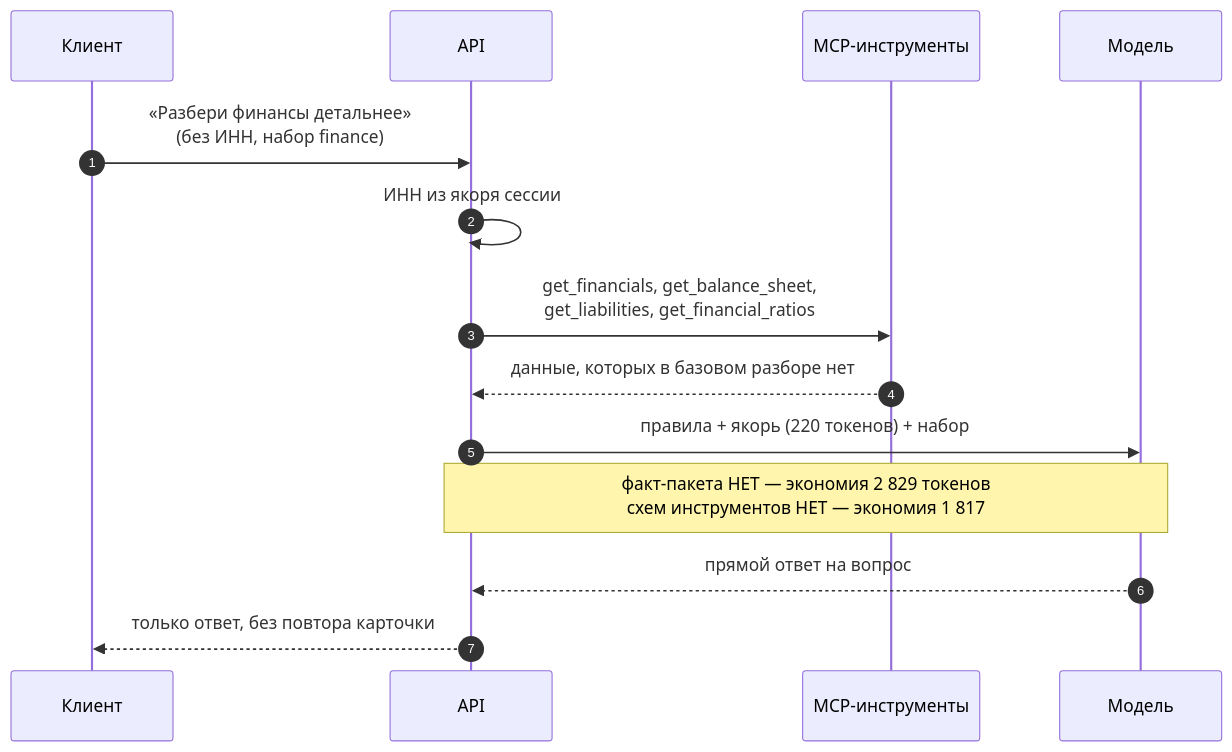
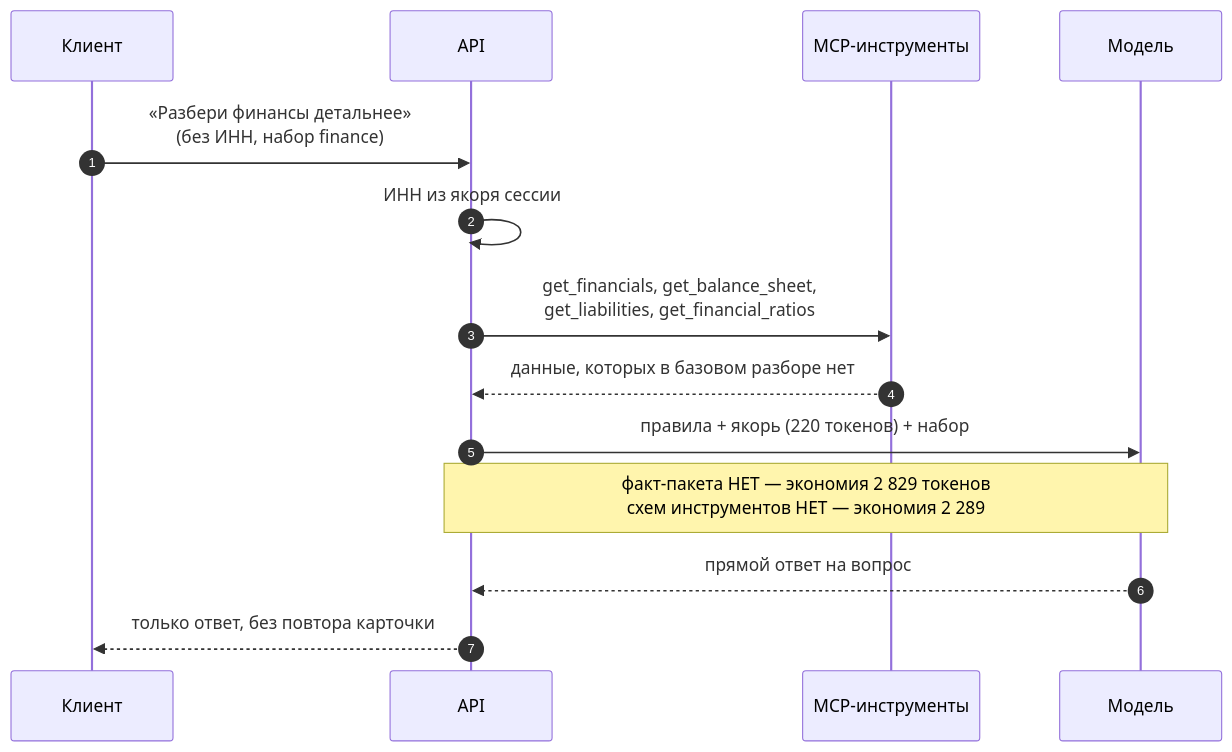
Before and after one commit to marijanbjc/Counterparty_analyst: the fourth of 8 diagrams in docs/ARCHITECTURE.md, drawn with Mermaid. The commit also changed other lines of this file, not shown here.

First line of the commit message:
Ref: fix facts in architecture doc

````diff
--- a/docs/ARCHITECTURE.md
+++ b/docs/ARCHITECTURE.md
@@ -186,17 +186,17 @@
 ```mermaid
 sequenceDiagram
     autonumber
     participant К as Клиент
     participant A as API
     participant MCP as MCP-инструменты
     participant М as Модель
 
     К->>A: «Разбери финансы детальнее»<br/>(без ИНН, набор finance)
     A->>A: ИНН из якоря сессии
     A->>MCP: get_financials, get_balance_sheet,<br/>get_liabilities, get_financial_ratios
     MCP-->>A: данные, которых в базовом разборе нет
     A->>М: правила + якорь (220 токенов) + набор
-    Note over A,М: факт-пакета НЕТ — экономия 2 829 токенов<br/>схем инструментов НЕТ — экономия 1 817
+    Note over A,М: факт-пакета НЕТ — экономия 2 829 токенов<br/>схем инструментов НЕТ — экономия 2 289
     М-->>A: прямой ответ на вопрос
     A-->>К: только ответ, без повтора карточки
 ```
````
